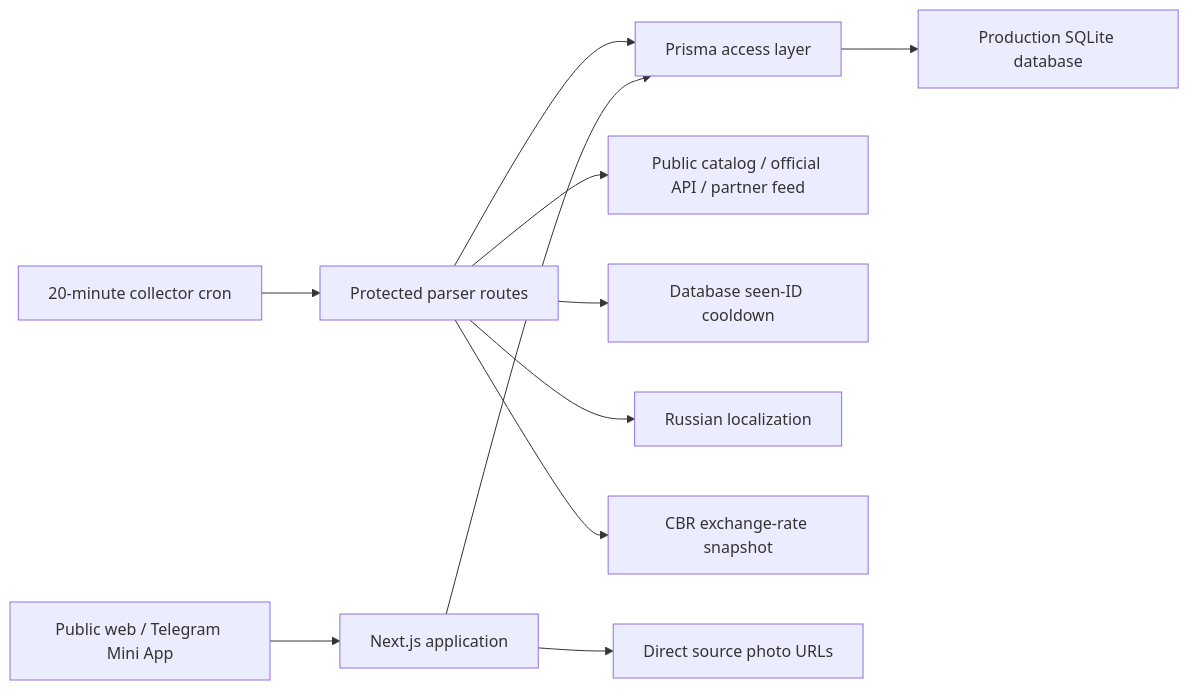
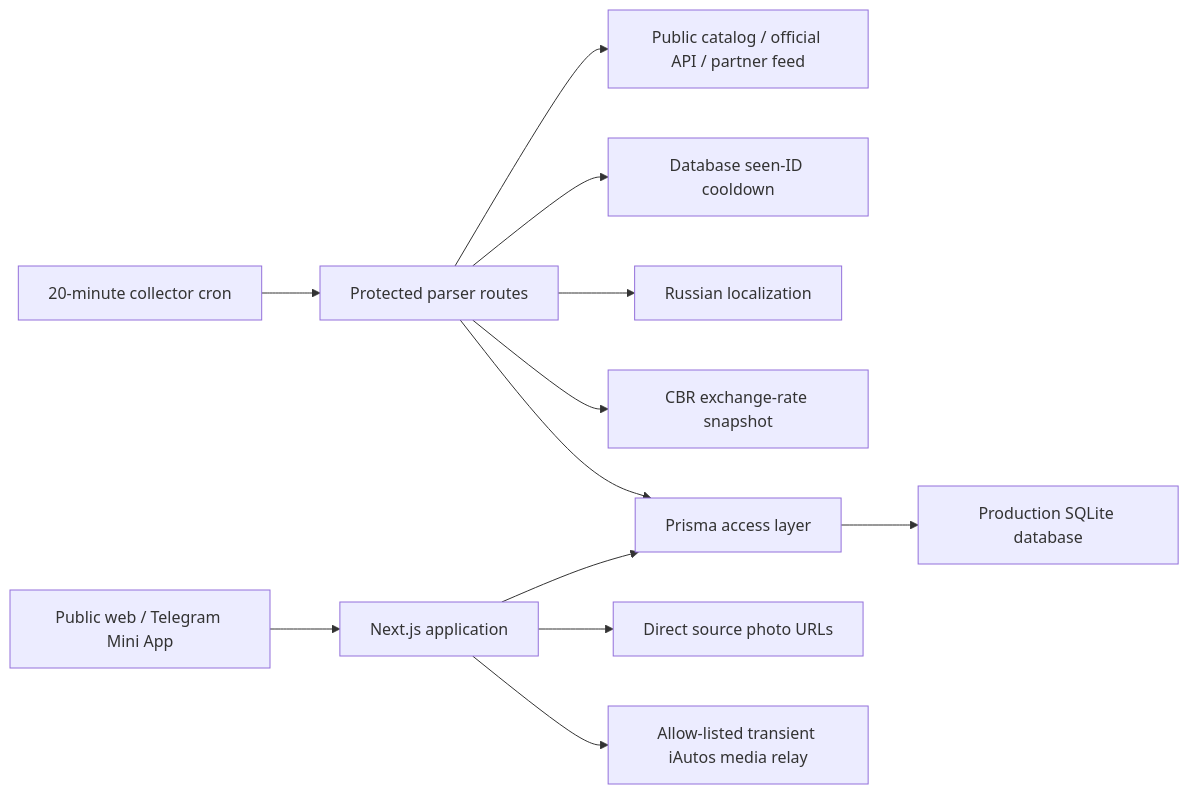
The first of 2 diagrams in docs/PROJECT_GRAPH.md (microsecret/automart), drawn with Mermaid before and after one commit. The commit also changed other lines of this file and 2 other files, not shown here.

Commit message:
fix: relay inaccessible iAutos images

````diff
--- a/docs/PROJECT_GRAPH.md
+++ b/docs/PROJECT_GRAPH.md
@@ -8,13 +8,14 @@
 ```mermaid
 flowchart LR
   Browser["Public web / Telegram Mini App"] --> Next["Next.js application"]
   Next --> Prisma["Prisma access layer"]
   Prisma --> SQLite["Production SQLite database"]
   Cron["20-minute collector cron"] --> Parser["Protected parser routes"]
   Parser --> Sources["Public catalog / official API / partner feed"]
   Parser --> SeenStore["Database seen-ID cooldown"]
   Parser --> Translate["Russian localization"]
   Parser --> Rates["CBR exchange-rate snapshot"]
   Parser --> Prisma
   Next --> Media["Direct source photo URLs"]
+  Next --> IautosMedia["Allow-listed transient iAutos media relay"]
 ```
````
